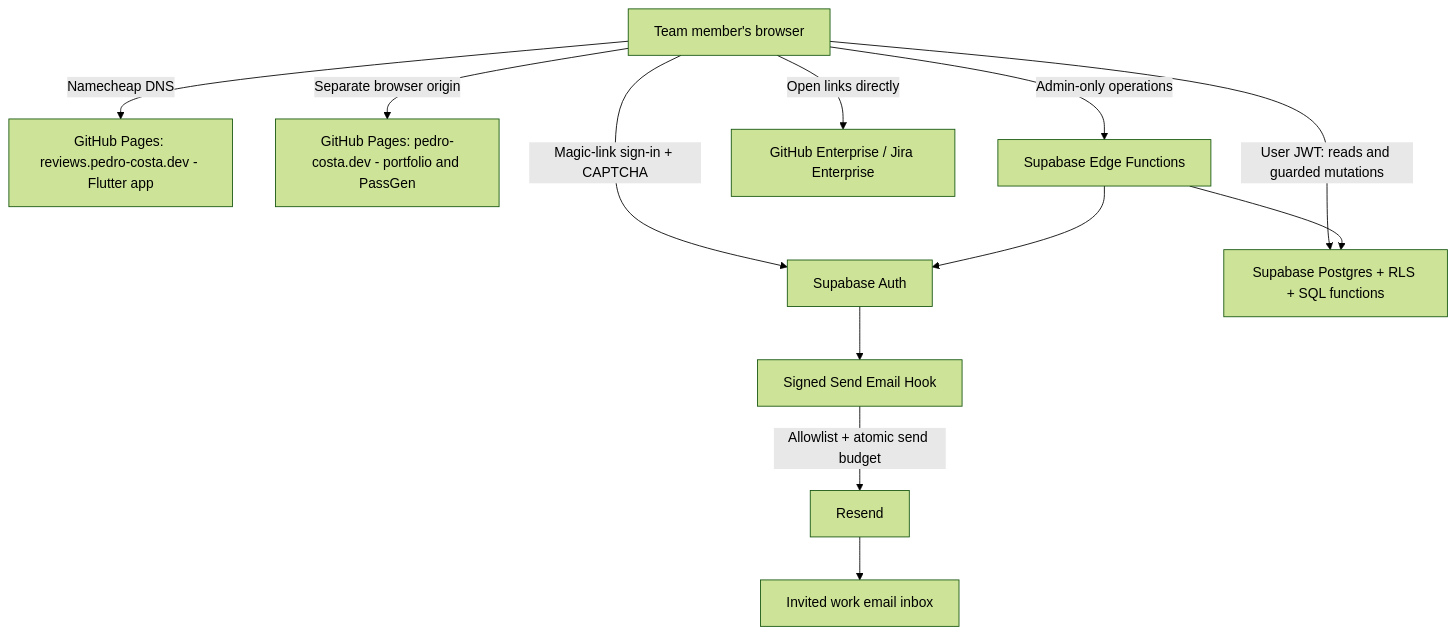
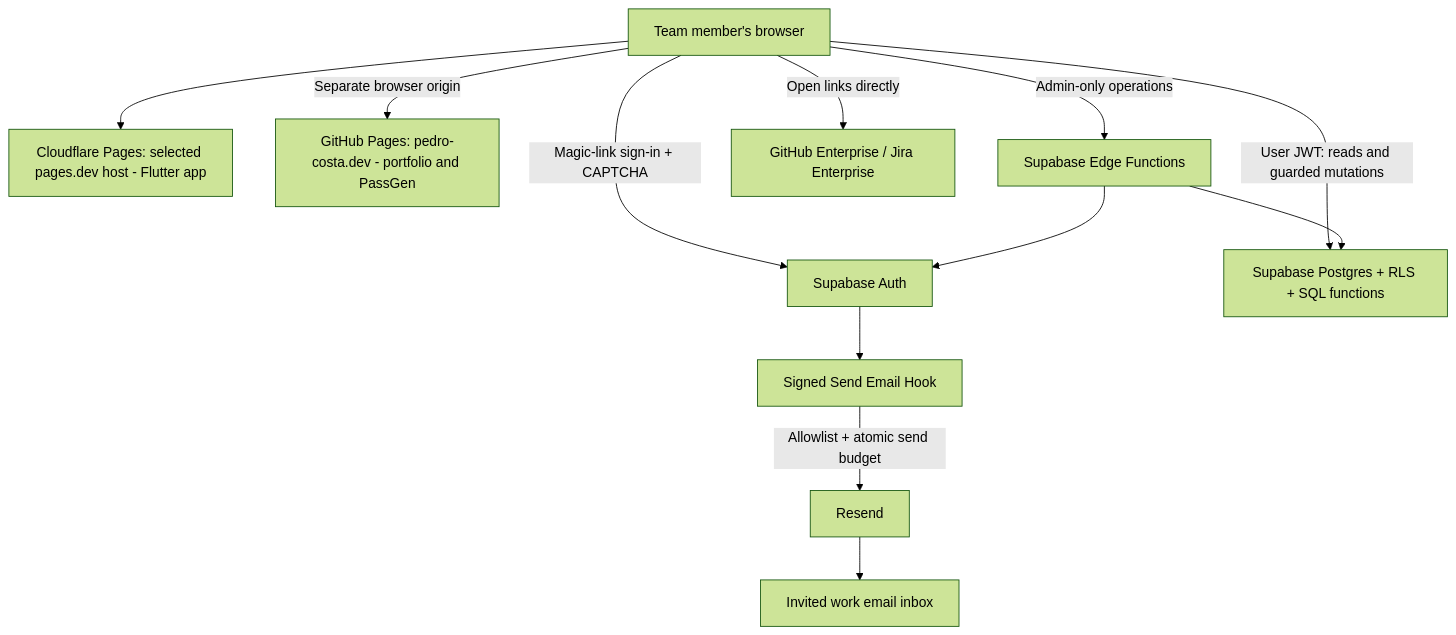
The diagram in docs/ARCHITECTURE.md (Pedro-Costa123/PR-ReviewQueueApp), drawn with Mermaid (forest theme) before and after one commit. The commit also changed other lines of this file and 14 other files, not shown here.

First line of the commit message:
Update documentation for Cloudflare Pages hosting transition and related planning

````diff
--- a/docs/ARCHITECTURE.md
+++ b/docs/ARCHITECTURE.md
@@ -18,14 +18,14 @@
 ```mermaid
 flowchart TD
-    U[Team member's browser] -->|Namecheap DNS| APP[GitHub Pages: reviews.pedro-costa.dev - Flutter app]
+    U[Team member's browser] --> APP[Cloudflare Pages: selected pages.dev host - Flutter app]
     U -->|Separate browser origin| OTHER[GitHub Pages: pedro-costa.dev - portfolio and PassGen]
     U -->|Magic-link sign-in + CAPTCHA| AU[Supabase Auth]
     AU --> EH[Signed Send Email Hook]
     EH -->|Allowlist + atomic send budget| RE[Resend]
     RE --> EM[Invited work email inbox]
     U -->|User JWT: reads and guarded mutations| DB[Supabase Postgres + RLS + SQL functions]
     U -->|Admin-only operations| EF[Supabase Edge Functions]
     EF --> AU
     EF --> DB
     U -->|Open links directly| CO[GitHub Enterprise / Jira Enterprise]
 ```
````
